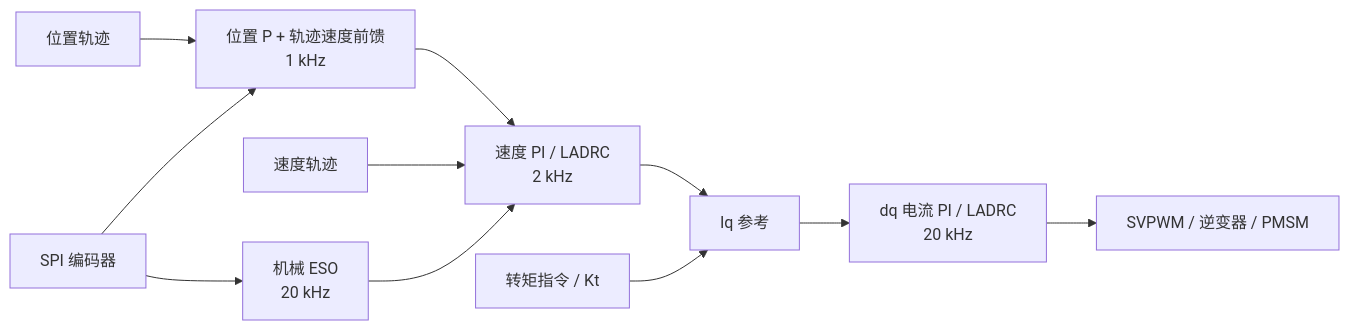
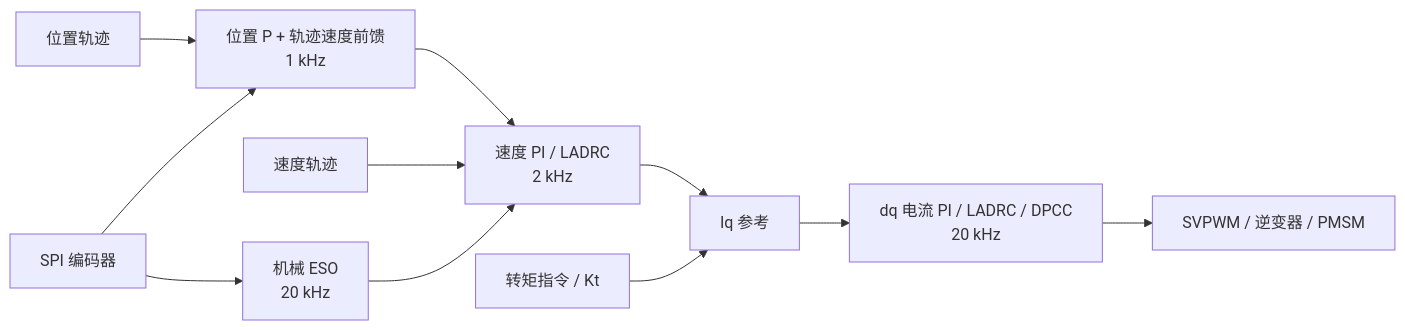
The diagram in README.md (BJKJKZHOU/AxDr_L_Motor), drawn with Mermaid before and after one commit. The commit also changed other lines of this file and 17 other files, not shown here.

```diff
--- a/README.md
+++ b/README.md
@@ -34,13 +34,13 @@
 ~~~mermaid
 flowchart LR
     P["位置轨迹"] --> PC["位置 P + 轨迹速度前馈<br/>1 kHz"]
     E["SPI 编码器"] --> PC
     E --> ESO["机械 ESO<br/>20 kHz"]
     PC --> SC["速度 PI / LADRC<br/>2 kHz"]
     S["速度轨迹"] --> SC
     ESO --> SC
     SC --> IQ["Iq 参考"]
     T["转矩指令 / Kt"] --> IQ
-    IQ --> CC["dq 电流 PI / LADRC<br/>20 kHz"]
+    IQ --> CC["dq 电流 PI / LADRC / DPCC<br/>20 kHz"]
     CC --> M["SVPWM / 逆变器 / PMSM"]
 ~~~
```
